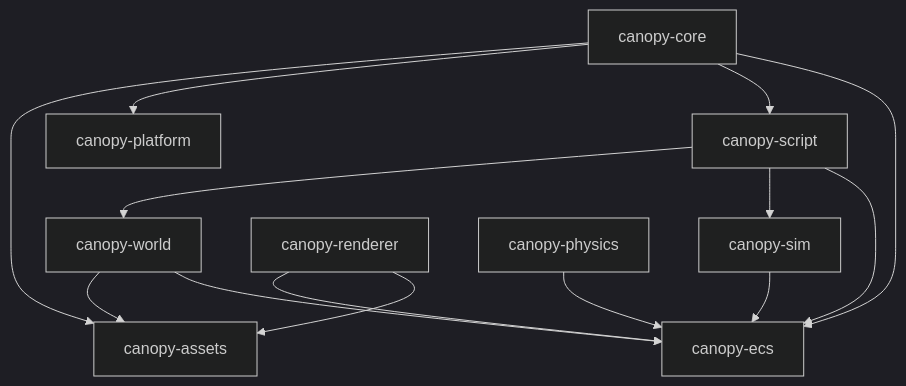
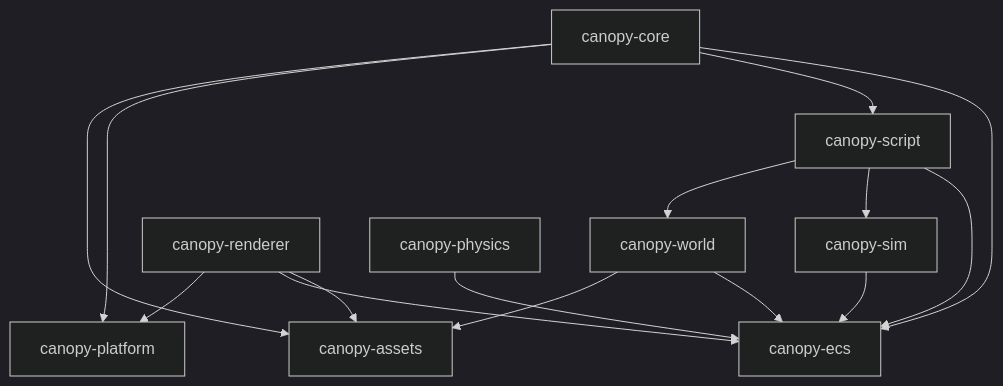
Before and after one commit to wingit-team/Zonable: the diagram in docs/architecture.md, drawn with Mermaid (dark theme). The commit also changed other lines of this file and 3 other files, not shown here.

````diff
--- a/docs/architecture.md
+++ b/docs/architecture.md
@@ -14,20 +14,21 @@
 ```mermaid
 graph TD
     App[canopy-core] --> ECS[canopy-ecs]
     App --> Script[canopy-script]
     App --> Platform[canopy-platform]
     App --> Assets[canopy-assets]
     
     Script --> ECS
     Script --> Sim[canopy-sim]
     Script --> World[canopy-world]
     
     Sim --> ECS
     World --> ECS
     World --> Assets
     
     Renderer[canopy-renderer] --> Assets
-    Renderer --> ECS
+    Renderer[canopy-renderer] --> ECS
+    Renderer --> Platform
     
     Physics[canopy-physics] --> ECS
 ```
````
